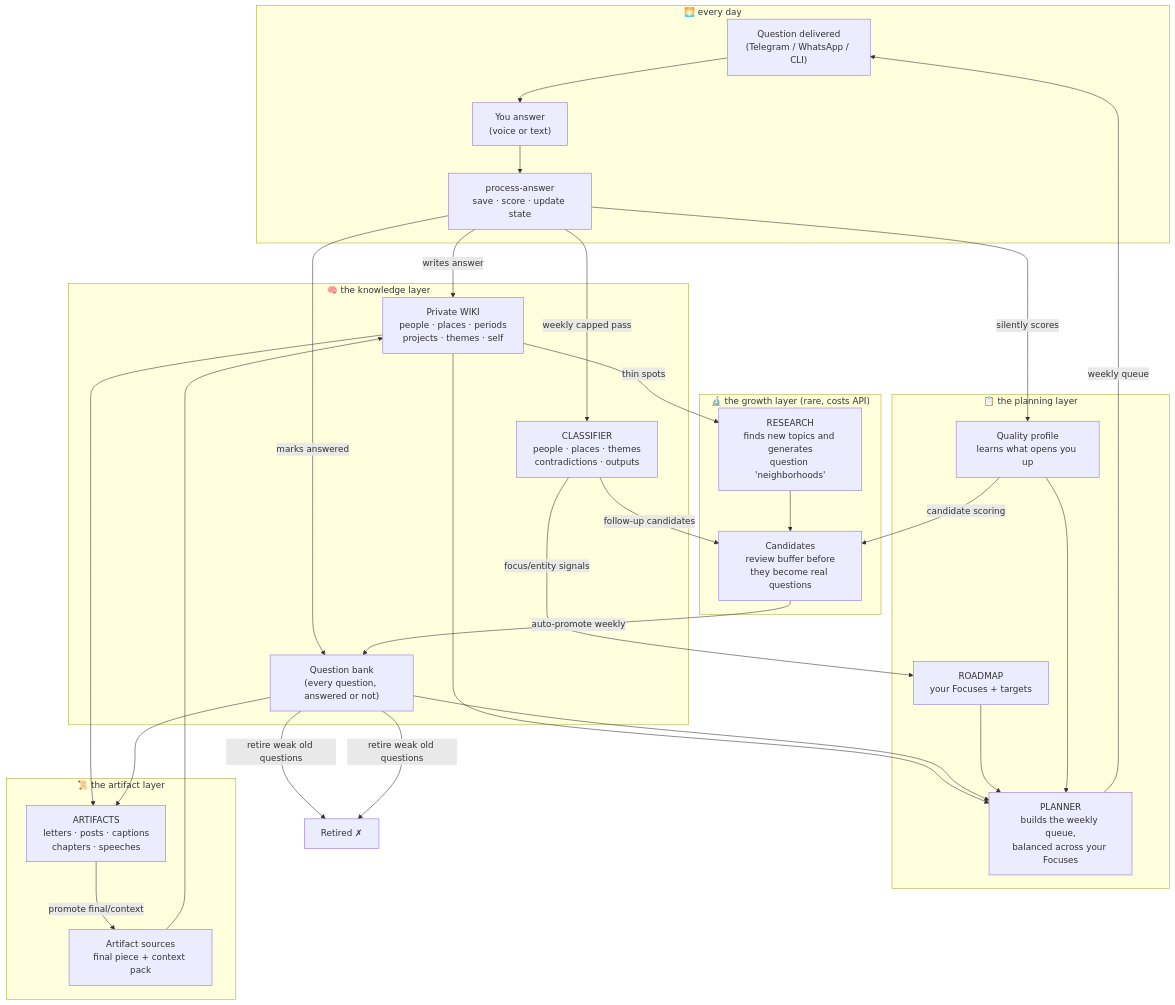
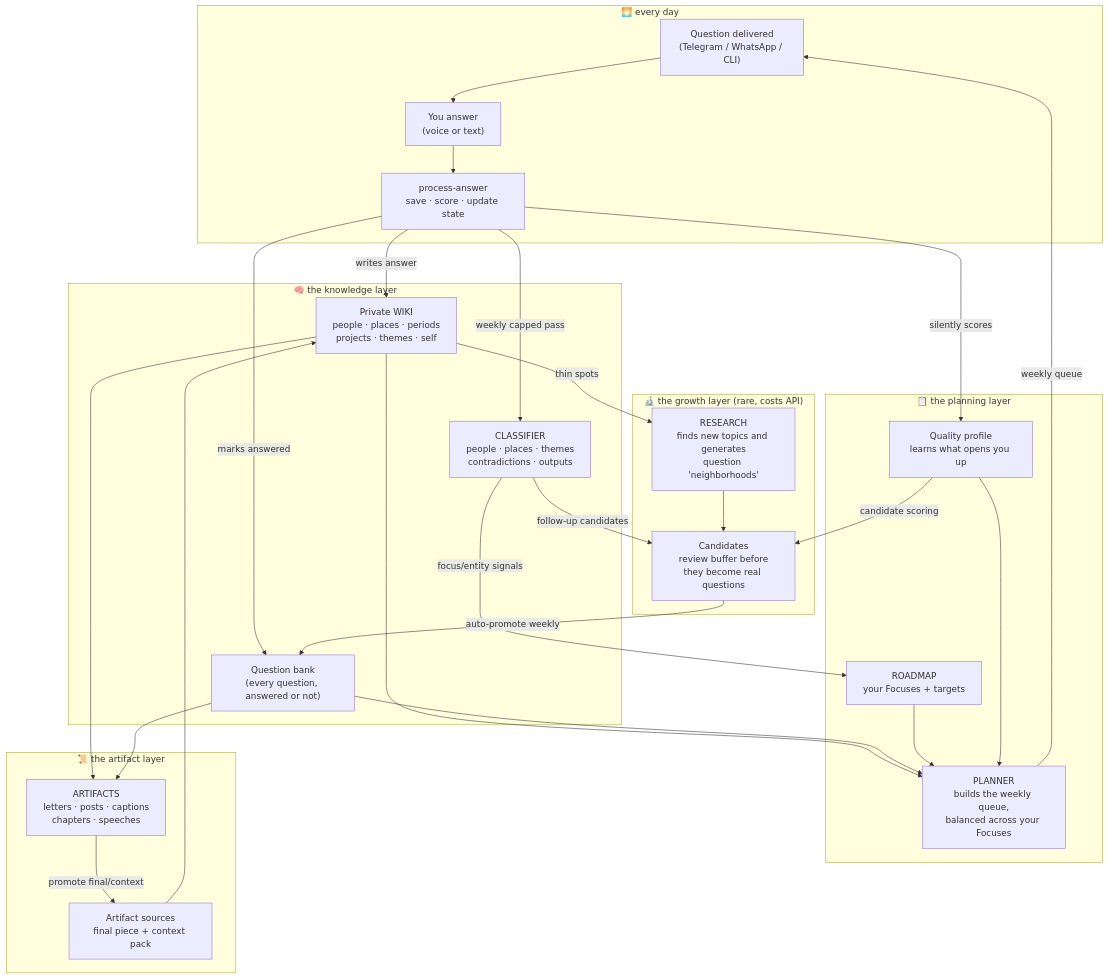
One commit to lifehug/lifehug changed the first of 9 diagrams in README.md. Above: the diagram before and after it, drawn with Mermaid. The commit also changed other lines of this file and 6 other files, not shown here.

````diff
--- a/README.md
+++ b/README.md
@@ -50,54 +50,52 @@
 ```mermaid
 flowchart TB
     subgraph daily["🌅 every day"]
         Q["Question delivered<br/>(Telegram / WhatsApp / CLI)"]
         A["You answer<br/>(voice or text)"]
         P["process-answer<br/>save · score · update state"]
         Q --> A --> P
     end
 
     subgraph brain["🧠 the knowledge layer"]
         W["Private WIKI<br/>people · places · periods<br/>projects · themes · self"]
         CL["CLASSIFIER<br/>people · places · themes<br/>contradictions · outputs"]
         QB["Question bank<br/>(every question, answered or not)"]
     end
 
     subgraph think["📋 the planning layer"]
         PL["PLANNER<br/>builds the weekly queue,<br/>balanced across your Focuses"]
         RM["ROADMAP<br/>your Focuses + targets"]
         QP["Quality profile<br/>learns what opens you up"]
     end
 
     subgraph grow["🔬 the growth layer (rare, costs API)"]
         RE["RESEARCH<br/>finds new topics and generates<br/>question 'neighborhoods'"]
         CA["Candidates<br/>review buffer before<br/>they become real questions"]
     end
 
     subgraph make["📜 the artifact layer"]
         OUT["ARTIFACTS<br/>letters · posts · captions<br/>chapters · speeches"]
         SRC["Artifact sources<br/>final piece + context pack"]
     end
 
     P -->|writes answer| W
     P -->|weekly capped pass| CL
     P -->|marks answered| QB
     P -->|silently scores| QP
     CL -->|follow-up candidates| CA
     CL -->|focus/entity signals| RM
     W --> PL
     QB --> PL
     RM --> PL
     QP --> PL
     PL -->|weekly queue| Q
     W -->|thin spots| RE
     RE --> CA
     CA -->|auto-promote weekly| QB
-    QB -->|retire weak old questions| RETIRED["Retired ✗"]
 
     W --> OUT
     QB --> OUT
     OUT -->|promote final/context| SRC
     SRC --> W
     QP -->|candidate scoring| CA
-    QB -->|retire weak old questions| RETIRED["Retired ✗"]
 ```
````
